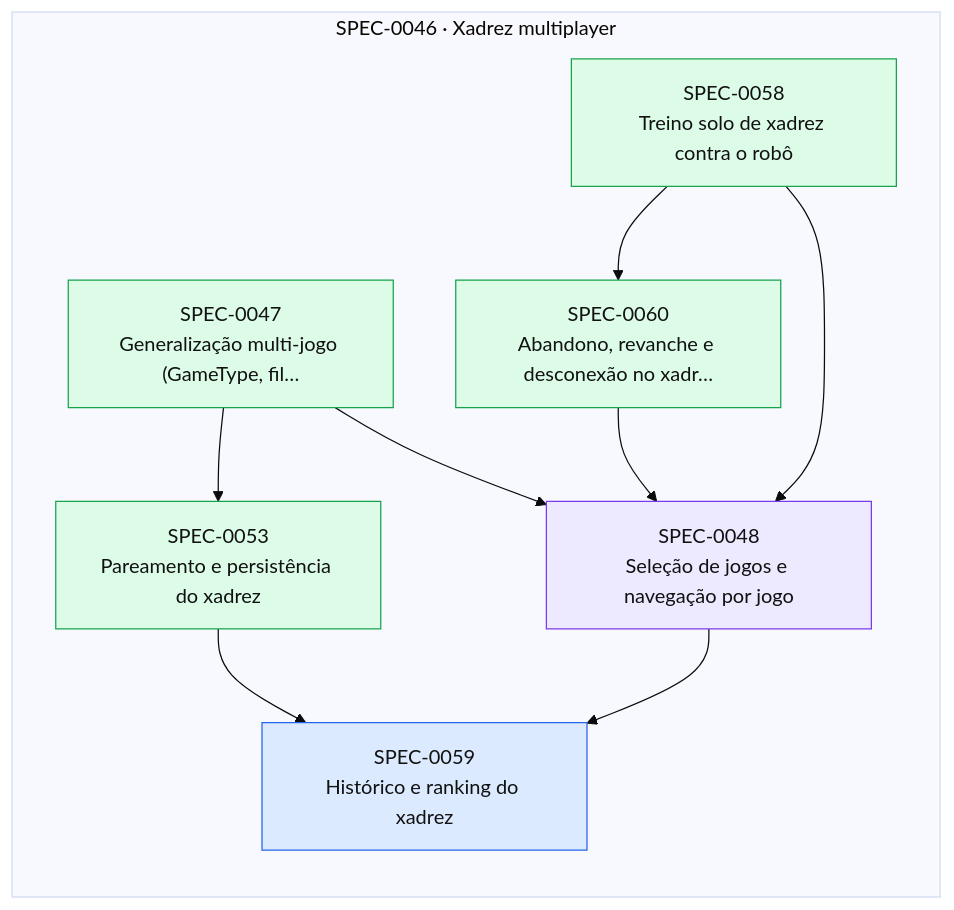
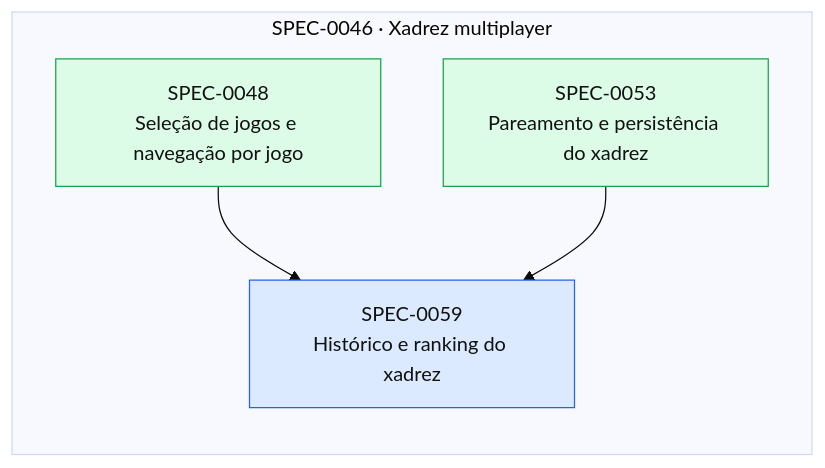
Before and after one commit to thomasravache/jogo-da-velha-multiplayer: the diagram in docs/specs/INDEX.md, drawn with Mermaid (base theme). The commit also changed other lines of this file and 2 other files, not shown here.

First line of the commit message:
docs(specs): fechar SPEC-0048 (relatório de entrega e CHANGELOG)

````diff
--- a/docs/specs/INDEX.md
+++ b/docs/specs/INDEX.md
@@ -38,23 +37,15 @@
 ```mermaid
 flowchart LR
   subgraph E0046["SPEC-0046 · Xadrez multiplayer"]
-    S0047["SPEC-0047<br/>Generalização multi-jogo (GameType, fil…"]:::implemented
-    S0048["SPEC-0048<br/>Seleção de jogos e navegação por jogo"]:::inprogress
+    S0048["SPEC-0048<br/>Seleção de jogos e navegação por jogo"]:::implemented
     S0053["SPEC-0053<br/>Pareamento e persistência do xadrez"]:::implemented
-    S0058["SPEC-0058<br/>Treino solo de xadrez contra o robô"]:::implemented
     S0059["SPEC-0059<br/>Histórico e ranking do xadrez"]:::approved
-    S0060["SPEC-0060<br/>Abandono, revanche e desconexão no xadr…"]:::implemented
   end
-  S0047 --> S0048
-  S0058 --> S0048
-  S0060 --> S0048
-  S0047 --> S0053
   S0048 --> S0059
   S0053 --> S0059
-  S0058 --> S0060
   classDef proposed fill:#fef3c7,stroke:#d97706,color:#111
   classDef approved fill:#dbeafe,stroke:#2563eb,color:#111
   classDef inprogress fill:#ede9fe,stroke:#7c3aed,color:#111
   classDef implemented fill:#dcfce7,stroke:#16a34a,color:#111
   classDef deprecated fill:#f3f4f6,stroke:#9ca3af,color:#6b7280
 ```
````
